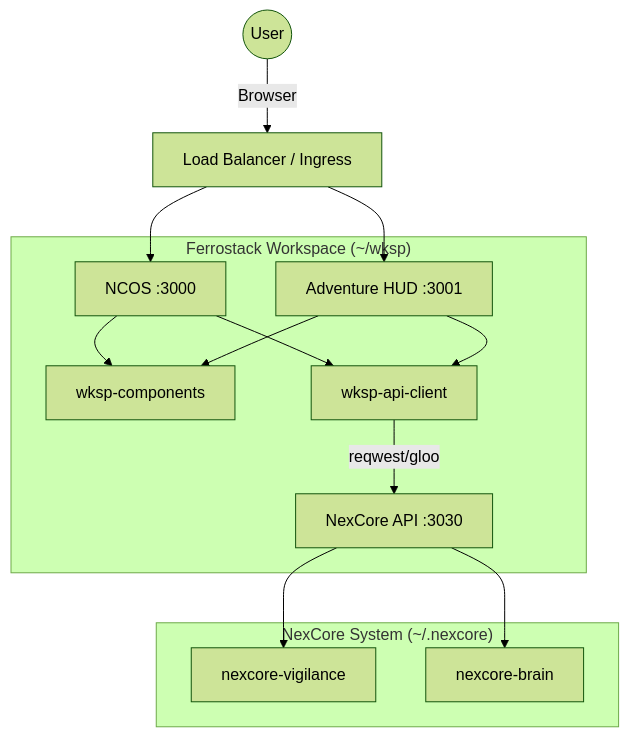
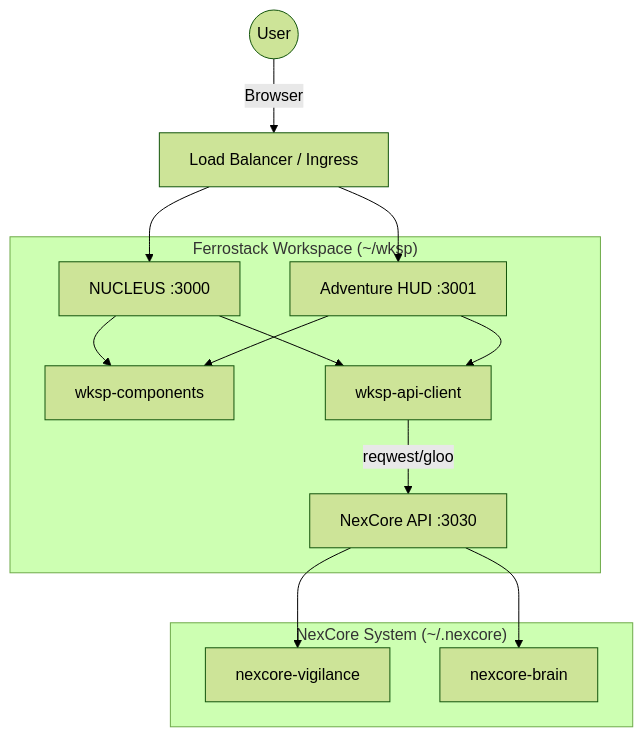
The diagram in wksp/CLAUDE.md (nexvigilant/nexcore), drawn with Mermaid (forest theme) before and after one commit. The commit also changed other lines of this file and 31 other files, not shown here.

Commit message:
migrate ncos into nucleus and remove legacy ncos app

````diff
--- a/wksp/CLAUDE.md
+++ b/wksp/CLAUDE.md
@@ -39,20 +39,20 @@
 ```mermaid
 graph TD
     User((User)) -->|Browser| LB[Load Balancer / Ingress]
-    LB --> NCOS[NCOS :3000]
+    LB --> NUCLEUS[NUCLEUS :3000]
     LB --> AH[Adventure HUD :3001]
     
     subgraph "Ferrostack Workspace (~/wksp)"
-        NCOS --> Shared[wksp-components]
-        NCOS --> Client[wksp-api-client]
+        NUCLEUS --> Shared[wksp-components]
+        NUCLEUS --> Client[wksp-api-client]
         AH --> Shared
         AH --> Client
         
         Client -->|reqwest/gloo| API[NexCore API :3030]
     end
     
     subgraph "NexCore System (~/.nexcore)"
         API --> Vigilance[nexcore-vigilance]
         API --> Brain[nexcore-brain]
     end
 ```
````
